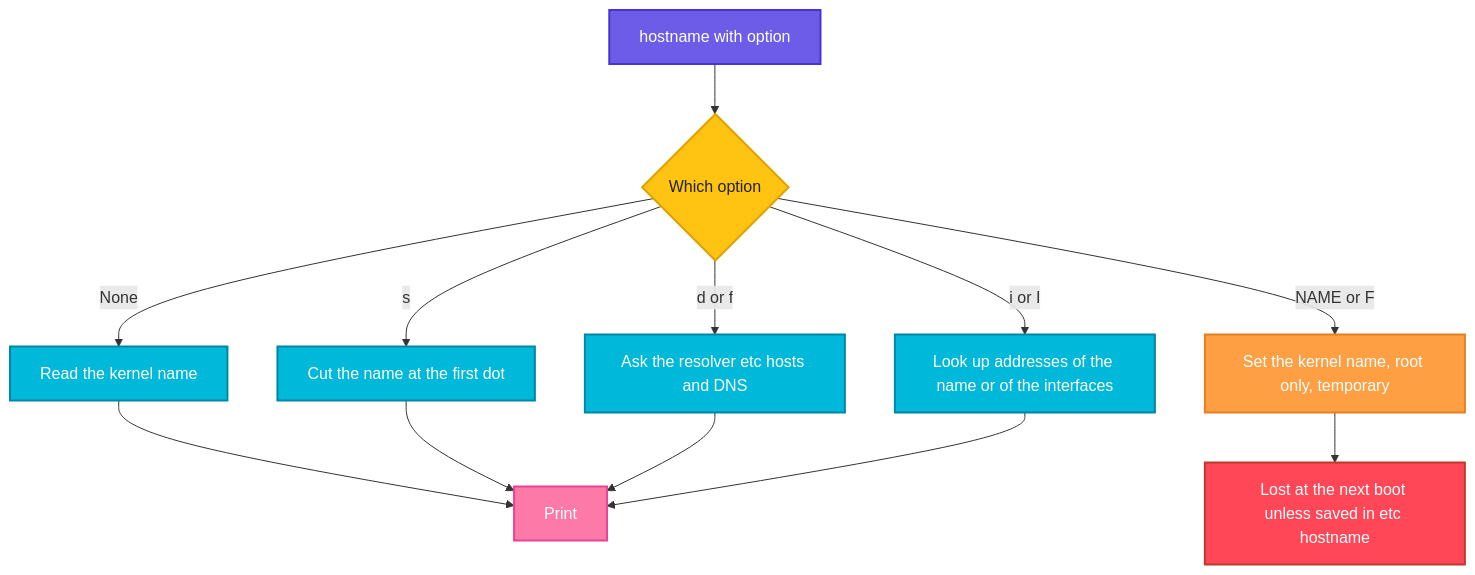
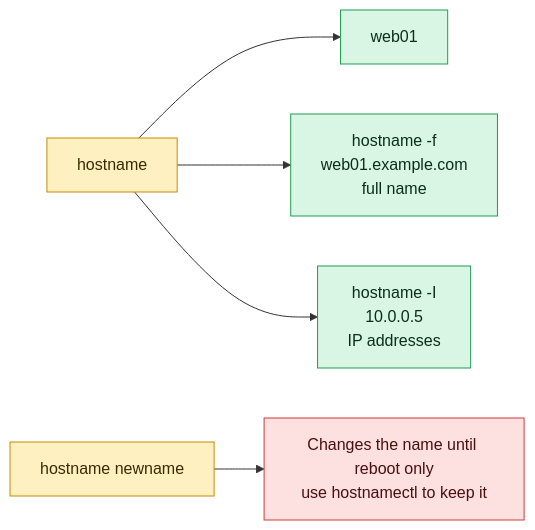
One commit to codeKerdosTech/DevOps-Documentation changed the diagram in linux/system-info/hostname.md. Above: the diagram before and after it, drawn with Mermaid. The commit also changed other lines of this file and 165 other files, not shown here.

Commit message:
updated diagrams in linux

````diff
--- a/linux/system-info/hostname.md
+++ b/linux/system-info/hostname.md
@@ -25,27 +25,15 @@
 ```mermaid
-flowchart TD
-    A[hostname with option] --> B{Which option}
-    B -->|None| C[Read the kernel name]
-    B -->|s| D[Cut the name at the first dot]
-    B -->|d or f| E[Ask the resolver etc hosts and DNS]
-    B -->|i or I| F[Look up addresses of the name or of the interfaces]
-    B -->|NAME or F| G[Set the kernel name, root only, temporary]
-    C --> H[Print]
-    D --> H
-    E --> H
-    F --> H
-    G --> I[Lost at the next boot unless saved in etc hostname]
-    classDef start fill:#6C5CE7,stroke:#4834D4,stroke-width:2px,color:#fff
-    classDef proc fill:#00B8D9,stroke:#0087A8,stroke-width:2px,color:#fff
-    classDef dec fill:#FFC312,stroke:#E1A100,stroke-width:2px,color:#222
-    classDef ok fill:#2ECC71,stroke:#1E8449,stroke-width:2px,color:#fff
-    classDef err fill:#FF4757,stroke:#C0392B,stroke-width:2px,color:#fff
-    classDef out fill:#FD79A8,stroke:#E84393,stroke-width:2px,color:#fff
-    classDef alt fill:#FF9F43,stroke:#E67E22,stroke-width:2px,color:#fff
-    class A start
-    class B dec
-    class C,D,E,F proc
-    class G alt
-    class H out
-    class I err
+flowchart LR
+    c1[hostname] --> o1[web01]
+    c1 --> o2[hostname -f<br/>web01.example.com<br/>full name]
+    c1 --> o3[hostname -I<br/>10.0.0.5<br/>IP addresses]
+    c2[hostname newname] --> x1[Changes the name until reboot only<br/>use hostnamectl to keep it]
+    classDef inp fill:#DCEBFF,stroke:#2F6FDE,color:#10213F
+    classDef cmd fill:#FFF0C2,stroke:#C98A00,color:#3A2A00
+    classDef out fill:#D9F5E3,stroke:#1F9D55,color:#0B2E1A
+    classDef bad fill:#FDE0E0,stroke:#D13B3B,color:#4A0F0F
+    classDef note fill:#ECEFF3,stroke:#7B8794,color:#1F2933
+    class c1,c2 cmd
+    class o1,o2,o3 out
+    class x1 bad
 ```
````
